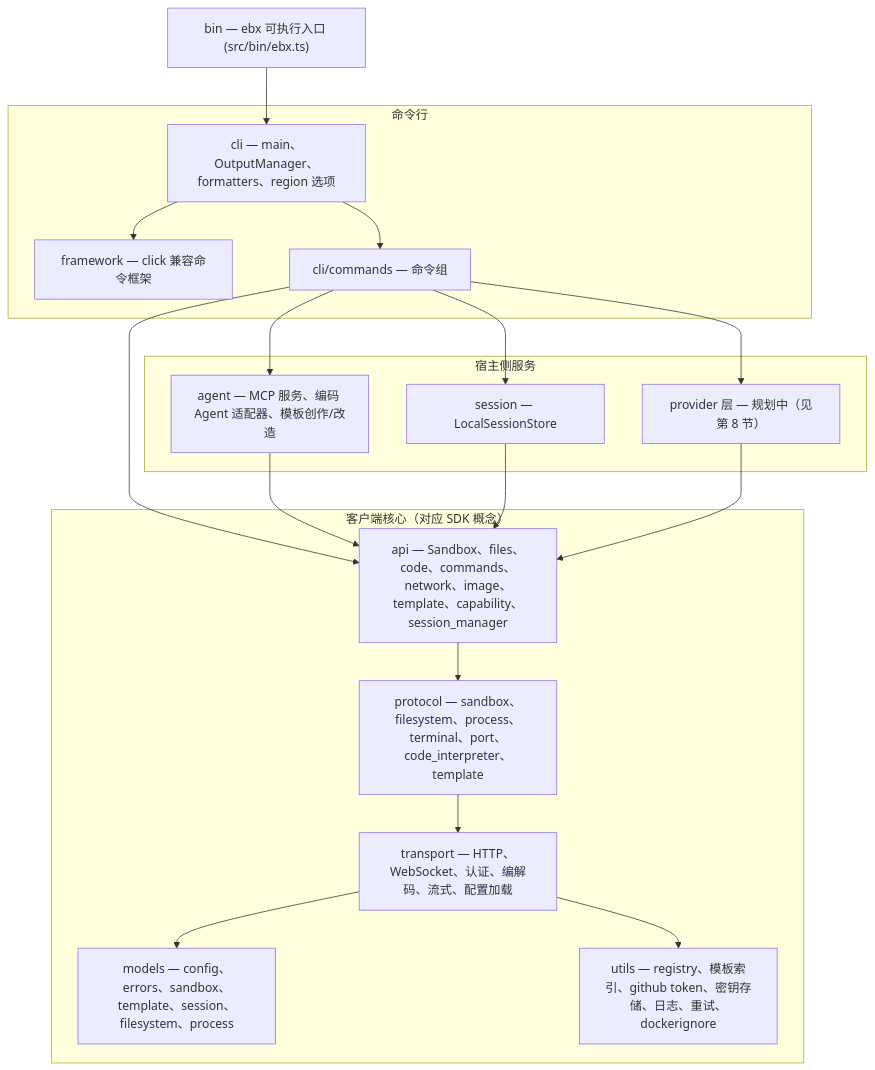
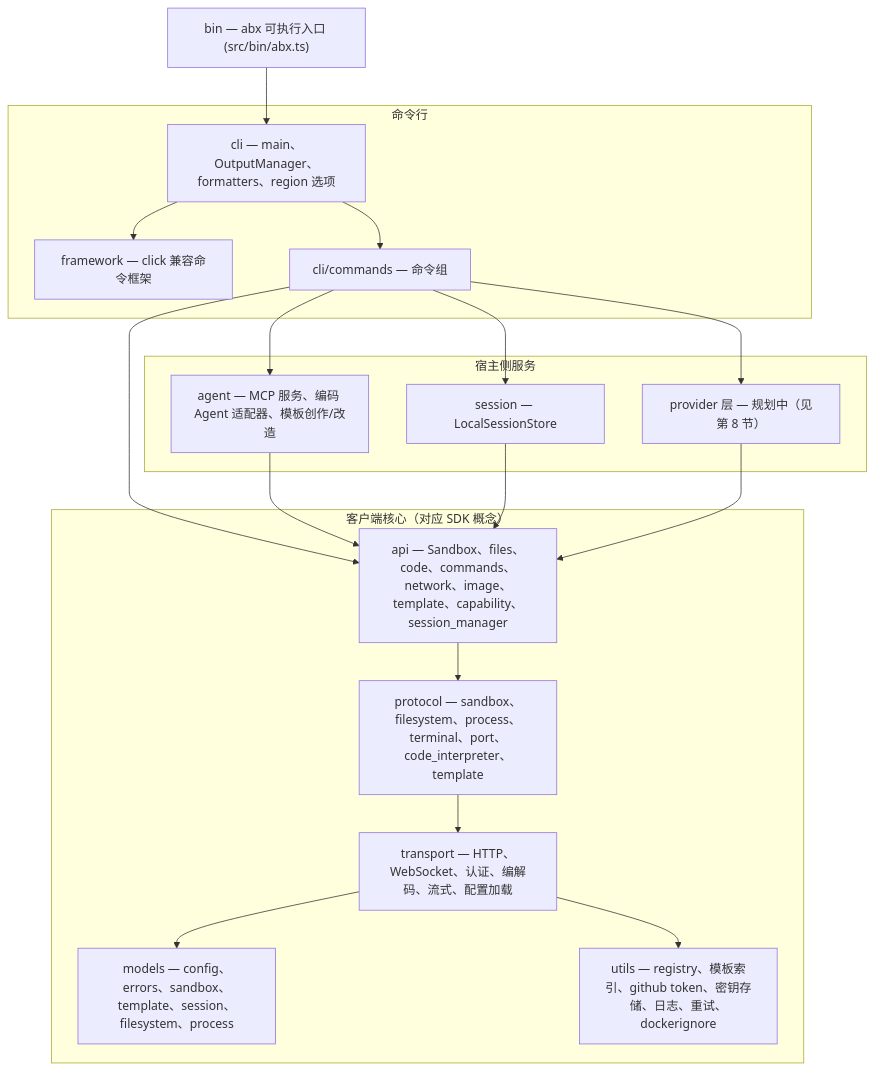
One commit to Alibaba-Agent-Sandbox/agent-sandbox changed the diagram in docs/zh/design/architecture.md. Above: the diagram before and after it, drawn with Mermaid. The commit also changed other lines of this file and 644 other files, not shown here.

````diff
--- a/docs/zh/design/architecture.md
+++ b/docs/zh/design/architecture.md
@@ -15,35 +15,35 @@
 ```mermaid
 graph TB
-    BIN["bin — ebx 可执行入口 (src/bin/ebx.ts)"]
+    BIN["bin — abx 可执行入口 (src/bin/abx.ts)"]
     subgraph Front["命令行"]
         FW["framework — click 兼容命令框架"]
         CLI["cli — main、OutputManager、formatters、region 选项"]
         CMD["cli/commands — 命令组"]
     end
     subgraph Services["宿主侧服务"]
         AG["agent — MCP 服务、编码 Agent 适配器、模板创作/改造"]
         PRV["provider 层 — 规划中（见第 8 节）"]
         SES["session — LocalSessionStore"]
     end
     subgraph Core["客户端核心（对应 SDK 概念）"]
         API["api — Sandbox、files、code、commands、network、image、template、capability、session_manager"]
         PRO["protocol — sandbox、filesystem、process、terminal、port、code_interpreter、template"]
         TRA["transport — HTTP、WebSocket、认证、编解码、流式、配置加载"]
         MOD["models — config、errors、sandbox、template、session、filesystem、process"]
         UTL["utils — registry、模板索引、github token、密钥存储、日志、重试、dockerignore"]
     end
 
     BIN --> CLI
     CLI --> FW
     CLI --> CMD
     CMD --> AG
     CMD --> SES
     CMD --> API
     CMD --> PRV
     AG --> API
     SES --> API
     PRV --> API
     API --> PRO --> TRA
     TRA --> MOD
     TRA --> UTL
 ```
````
